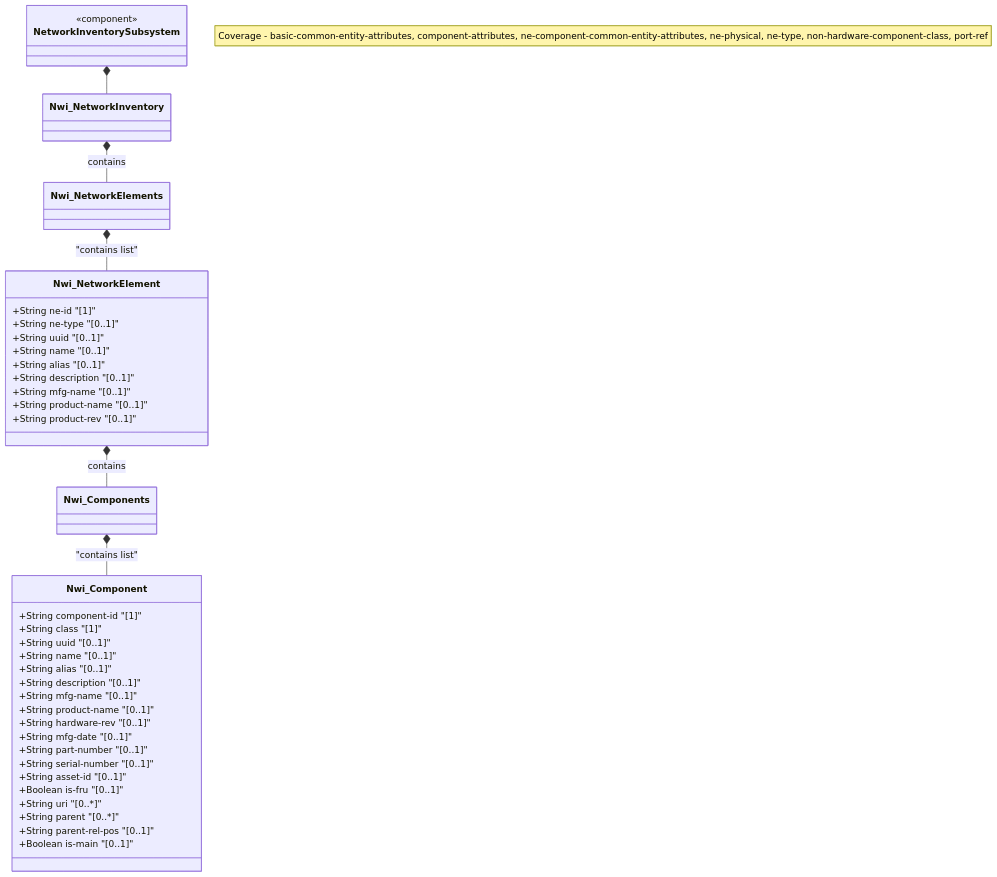
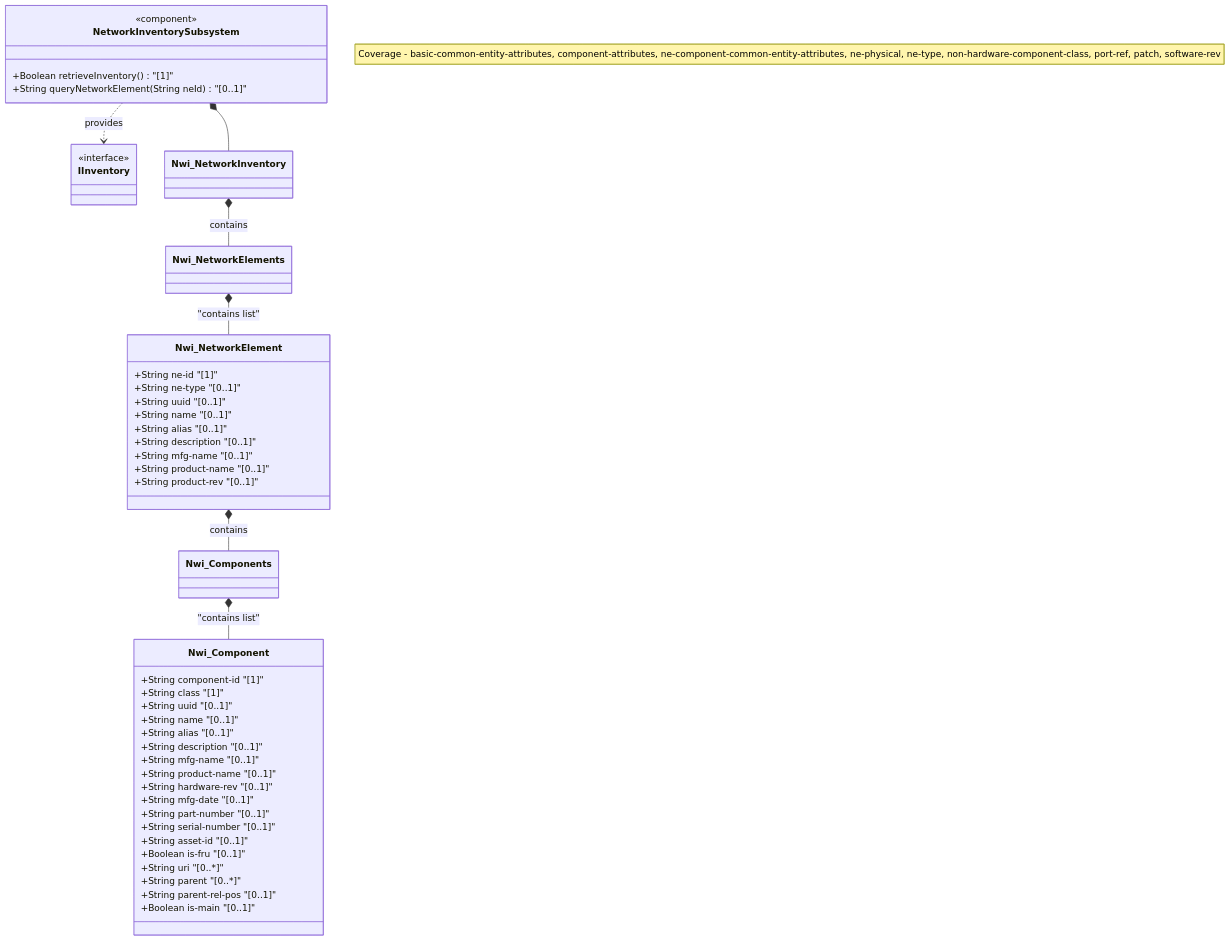
Before and after one commit to gintatkinson/3dgs-032: the second of 3 diagrams in docs/epics/epic-03-network-inventory.md, drawn with Mermaid. The commit also changed other lines of this file and 2 other files, not shown here.

Commit message:
feat(spec): register ietf-network-inventory Bounded Context specs

````diff
--- a/docs/epics/epic-03-network-inventory.md
+++ b/docs/epics/epic-03-network-inventory.md
@@ -43,47 +49,53 @@
 ```mermaid
 classDiagram
-    note "Coverage - basic-common-entity-attributes, component-attributes, ne-component-common-entity-attributes, ne-physical, ne-type, non-hardware-component-class, port-ref"
+    note "Coverage - basic-common-entity-attributes, component-attributes, ne-component-common-entity-attributes, ne-physical, ne-type, non-hardware-component-class, port-ref, patch, software-rev"
     class NetworkInventorySubsystem {
         <<component>>
+        +Boolean retrieveInventory() "[1]"
+        +String queryNetworkElement(String neId) "[0..1]"
     }
+    class IInventory {
+        <<interface>>
+    }
+    NetworkInventorySubsystem ..> IInventory : provides
     class Nwi_NetworkInventory
     class Nwi_NetworkElements
     class Nwi_NetworkElement {
         +String ne-id "[1]"
         +String ne-type "[0..1]"
         +String uuid "[0..1]"
         +String name "[0..1]"
         +String alias "[0..1]"
         +String description "[0..1]"
         +String mfg-name "[0..1]"
         +String product-name "[0..1]"
         +String product-rev "[0..1]"
     }
     class Nwi_Components
     class Nwi_Component {
         +String component-id "[1]"
         +String class "[1]"
         +String uuid "[0..1]"
         +String name "[0..1]"
         +String alias "[0..1]"
         +String description "[0..1]"
         +String mfg-name "[0..1]"
         +String product-name "[0..1]"
         +String hardware-rev "[0..1]"
         +String mfg-date "[0..1]"
         +String part-number "[0..1]"
         +String serial-number "[0..1]"
         +String asset-id "[0..1]"
         +Boolean is-fru "[0..1]"
         +String uri "[0..*]"
         +String parent "[0..*]"
         +String parent-rel-pos "[0..1]"
         +Boolean is-main "[0..1]"
     }
     
     NetworkInventorySubsystem *-- Nwi_NetworkInventory
     Nwi_NetworkInventory *-- Nwi_NetworkElements : contains
     Nwi_NetworkElements *-- Nwi_NetworkElement : "contains list"
     Nwi_NetworkElement *-- Nwi_Components : contains
     Nwi_Components *-- Nwi_Component : "contains list"
 ```
````
